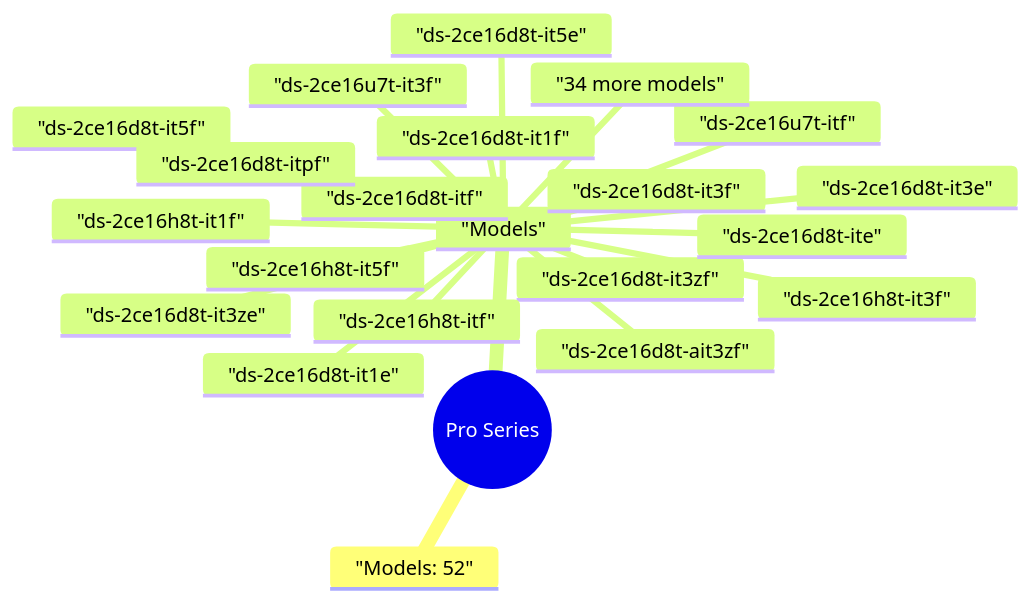
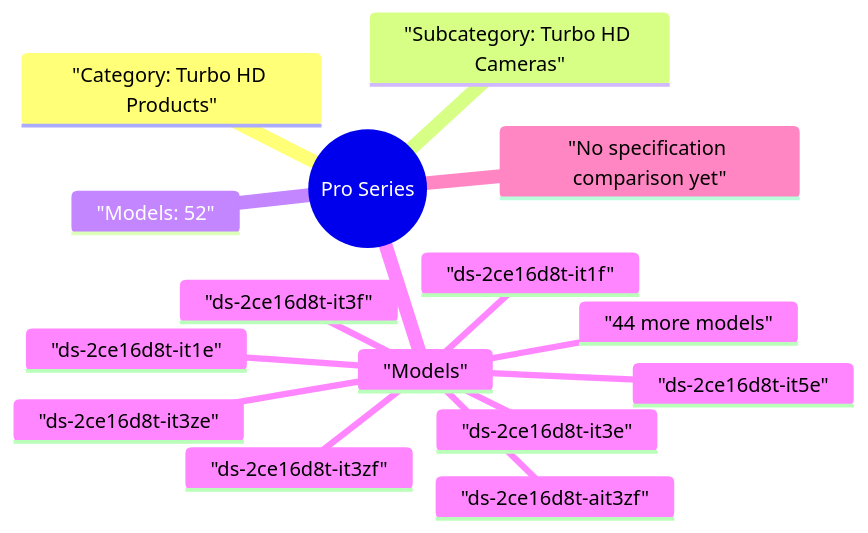
The diagram in site/mindmaps/en-turbo-hd-products-turbo-hd-cameras-pro-series.mmd (123321step/hikvision-product-map), drawn with Mermaid before and after one commit. The commit also changed 647 other files, not shown here.

Commit message:
Rework mindmaps around product series differences

```diff
--- a/site/mindmaps/en-turbo-hd-products-turbo-hd-cameras-pro-series.mmd
+++ b/site/mindmaps/en-turbo-hd-products-turbo-hd-cameras-pro-series.mmd
@@ -1,23 +1,16 @@
 mindmap
   root(("Pro Series"))
+    "Category: Turbo HD Products"
+    "Subcategory: Turbo HD Cameras"
     "Models: 52"
     "Models"
       "ds-2ce16d8t-ait3zf"
       "ds-2ce16d8t-it1e"
       "ds-2ce16d8t-it1f"
       "ds-2ce16d8t-it3e"
       "ds-2ce16d8t-it3f"
       "ds-2ce16d8t-it3ze"
       "ds-2ce16d8t-it3zf"
       "ds-2ce16d8t-it5e"
-      "ds-2ce16d8t-it5f"
-      "ds-2ce16d8t-ite"
-      "ds-2ce16d8t-itf"
-      "ds-2ce16d8t-itpf"
-      "ds-2ce16h8t-it1f"
-      "ds-2ce16h8t-it3f"
-      "ds-2ce16h8t-it5f"
-      "ds-2ce16h8t-itf"
-      "ds-2ce16u7t-it3f"
-      "ds-2ce16u7t-itf"
-      "34 more models"
+      "44 more models"
+    "No specification comparison yet"
```
